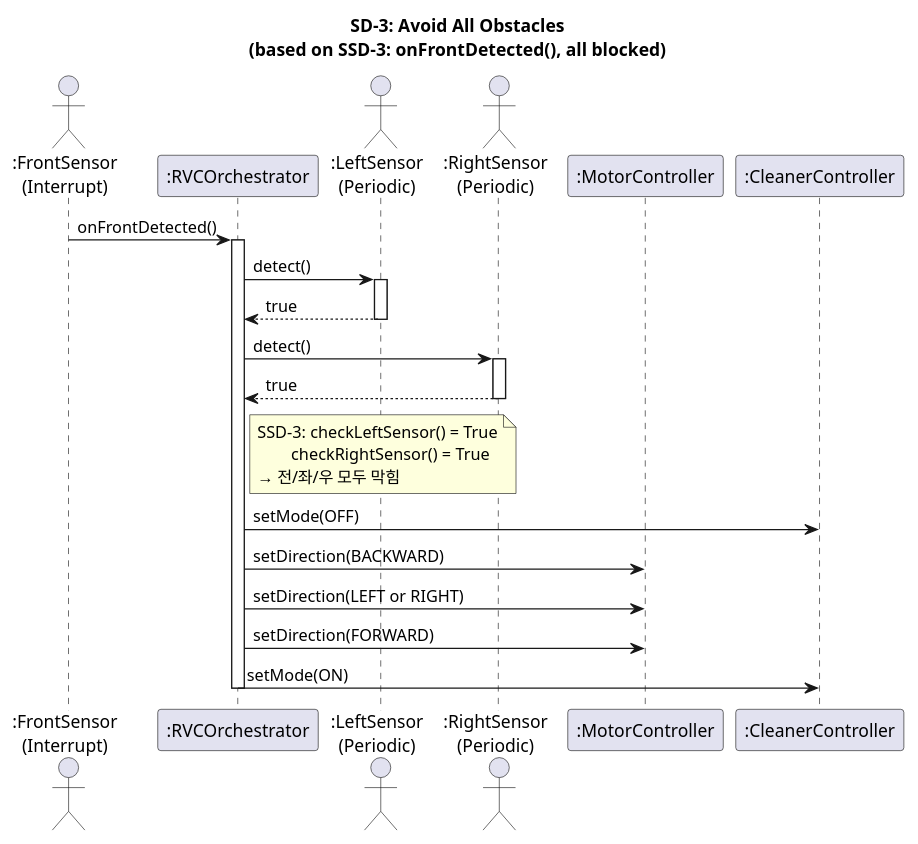
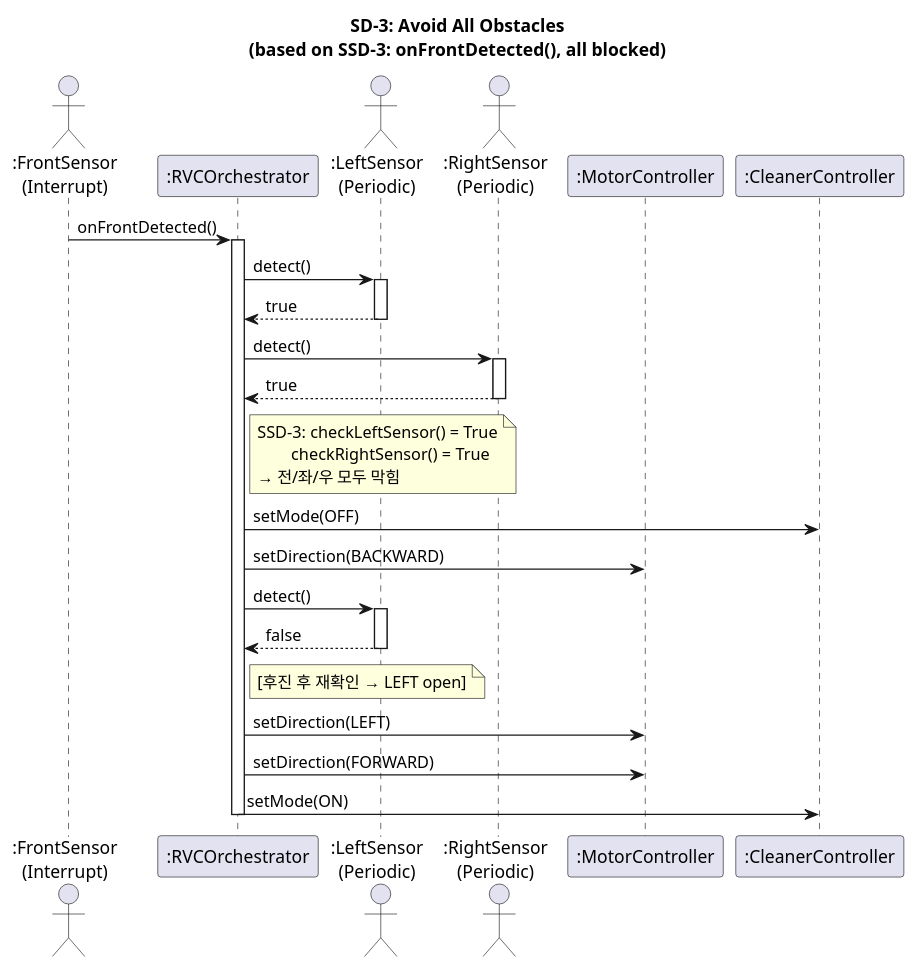
One commit to OOP-konkuk/CICD-Team7 changed the third of 4 diagrams in docs/vibe-coding/03-ood/sequence-diagrams.mdx. Above: the diagram before and after it, drawn with PlantUML. The commit also changed 4 other files, not shown here.

````diff
--- a/docs/vibe-coding/03-ood/sequence-diagrams.mdx
+++ b/docs/vibe-coding/03-ood/sequence-diagrams.mdx
@@ -124,34 +124,39 @@
 ```plantuml
 @startuml SD3_AvoidAllObstacles
 title SD-3: Avoid All Obstacles\n(based on SSD-3: onFrontDetected(), all blocked)
 
 actor ":FrontSensor\n(Interrupt)" as FS
 participant ":RVCOrchestrator" as Orch
 actor ":LeftSensor\n(Periodic)" as LS
 actor ":RightSensor\n(Periodic)" as RS
 participant ":MotorController" as Motor
 participant ":CleanerController" as Cleaner
 
 FS -> Orch : onFrontDetected()
 activate Orch
 Orch -> LS : detect()
 activate LS
 LS --> Orch : true
 deactivate LS
 Orch -> RS : detect()
 activate RS
 RS --> Orch : true
 deactivate RS
 note right of Orch
   SSD-3: checkLeftSensor() = True
           checkRightSensor() = True
   → 전/좌/우 모두 막힘
 end note
 Orch -> Cleaner : setMode(OFF)
 Orch -> Motor : setDirection(BACKWARD)
-Orch -> Motor : setDirection(LEFT or RIGHT)
+Orch -> LS : detect()
+activate LS
+LS --> Orch : false
+deactivate LS
+note right of Orch : [후진 후 재확인 → LEFT open]
+Orch -> Motor : setDirection(LEFT)
 Orch -> Motor : setDirection(FORWARD)
 Orch -> Cleaner : setMode(ON)
 deactivate Orch
 @enduml
 ```
````
